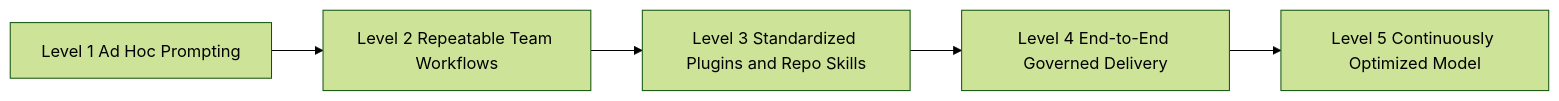
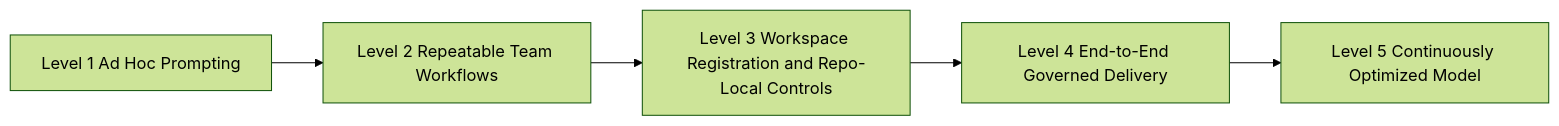
One commit to refat-asadullah-creolytix-dev/refat-asadullah-creolytix-dev changed diagram 21 of 23 in creolytix-ai-delivery-model.md. Above: the diagram before and after it, drawn with Mermaid (forest theme). The commit also changed other lines of this file, not shown here.

````diff
--- a/creolytix-ai-delivery-model.md
+++ b/creolytix-ai-delivery-model.md
@@ -565,7 +699,7 @@
 ```mermaid
 flowchart LR
     A[Level 1 Ad Hoc Prompting] --> B[Level 2 Repeatable Team Workflows]
-    B --> C[Level 3 Standardized Plugins and Repo Skills]
+    B --> C[Level 3 Workspace Registration and Repo-Local Controls]
     C --> D[Level 4 End-to-End Governed Delivery]
     D --> E[Level 5 Continuously Optimized Model]
 ```
````
